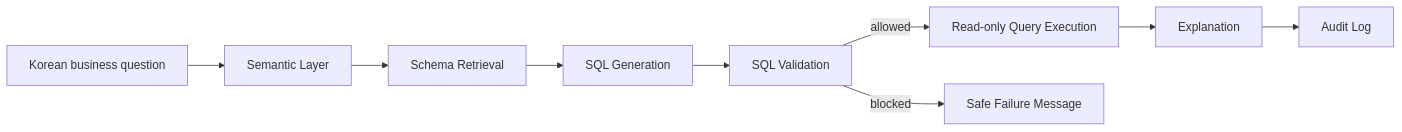
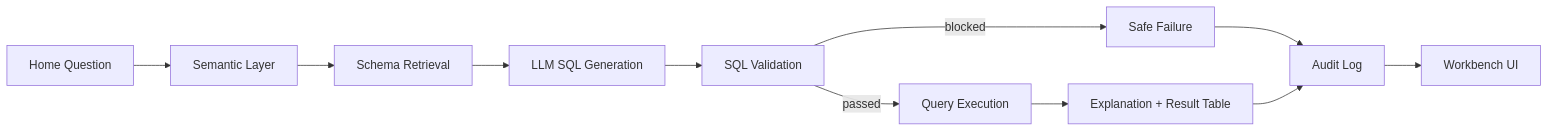
The diagram in docs/demo_script.md (rkdals0203/im-one), drawn with Mermaid before and after one commit. The commit also changed other lines of this file and 45 other files, not shown here.

````diff
--- a/docs/demo_script.md
+++ b/docs/demo_script.md
@@ -16,11 +16,13 @@
 ```mermaid
 flowchart LR
-    A["Korean business question"] --> B["Semantic Layer"]
+    A["Home Question"] --> B["Semantic Layer"]
     B --> C["Schema Retrieval"]
-    C --> D["SQL Generation"]
+    C --> D["LLM SQL Generation"]
     D --> E["SQL Validation"]
-    E -->|allowed| F["Read-only Query Execution"]
-    E -->|blocked| G["Safe Failure Message"]
-    F --> H["Explanation"]
+    E -->|passed| F["Query Execution"]
+    E -->|blocked| G["Safe Failure"]
+    F --> H["Explanation + Result Table"]
+    G --> I["Audit Log"]
     H --> I["Audit Log"]
+    I --> J["Workbench UI"]
 ```
````
